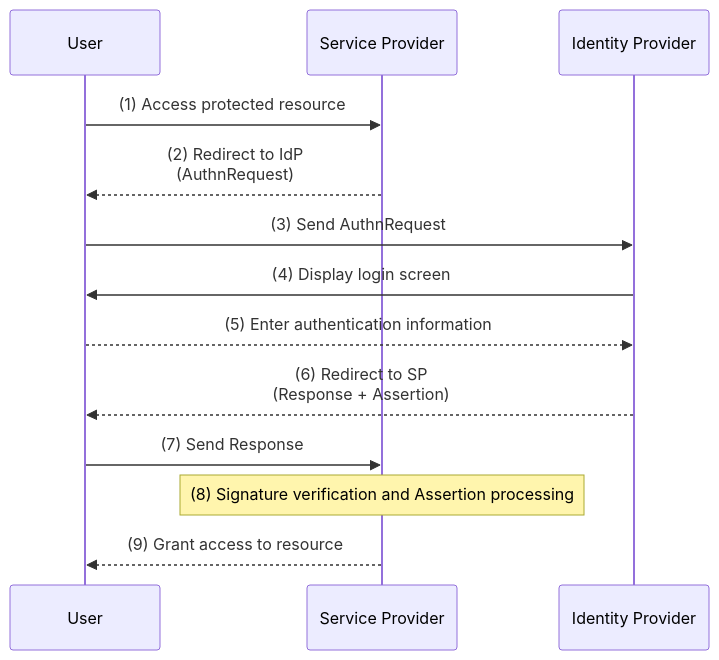
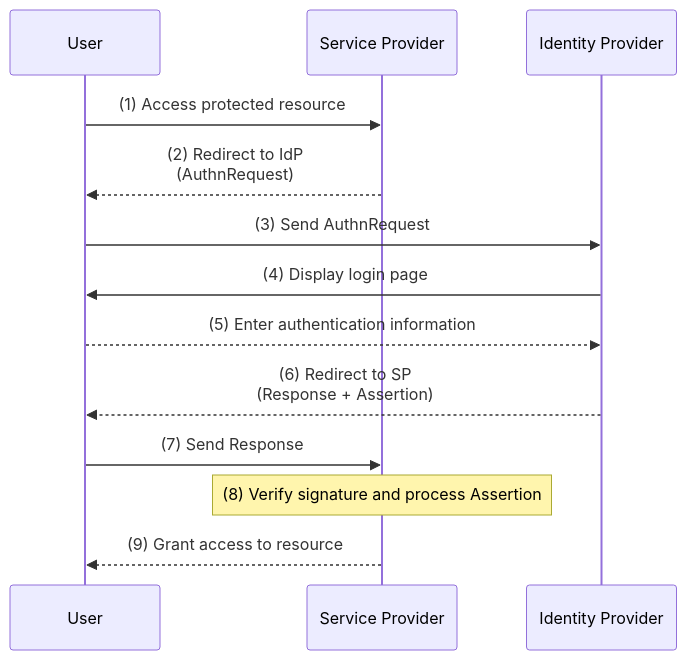
One commit to bmf-san/bmf-tech changed the second of 4 diagrams in content/en/posts/saml-2-0-spec-summary.md. Above: the diagram before and after it, drawn with Mermaid. The commit also changed other lines of this file and 425 other files, not shown here.

````diff
--- a/content/en/posts/saml-2-0-spec-summary.md
+++ b/content/en/posts/saml-2-0-spec-summary.md
@@ -266,16 +266,16 @@
 ```mermaid
 sequenceDiagram
     participant U as User
     participant SP as Service Provider
     participant IdP as Identity Provider
 
     U->>SP: (1) Access protected resource
     SP-->>U: (2) Redirect to IdP<br/>(AuthnRequest)
     U->>IdP: (3) Send AuthnRequest
-    IdP->>U: (4) Display login screen
+    IdP->>U: (4) Display login page
     U-->>IdP: (5) Enter authentication information
     IdP-->>U: (6) Redirect to SP<br/>(Response + Assertion)
     U->>SP: (7) Send Response
-    Note over SP: (8) Signature verification and Assertion processing
+    Note over SP: (8) Verify signature and process Assertion
     SP-->>U: (9) Grant access to resource
 ```
````
